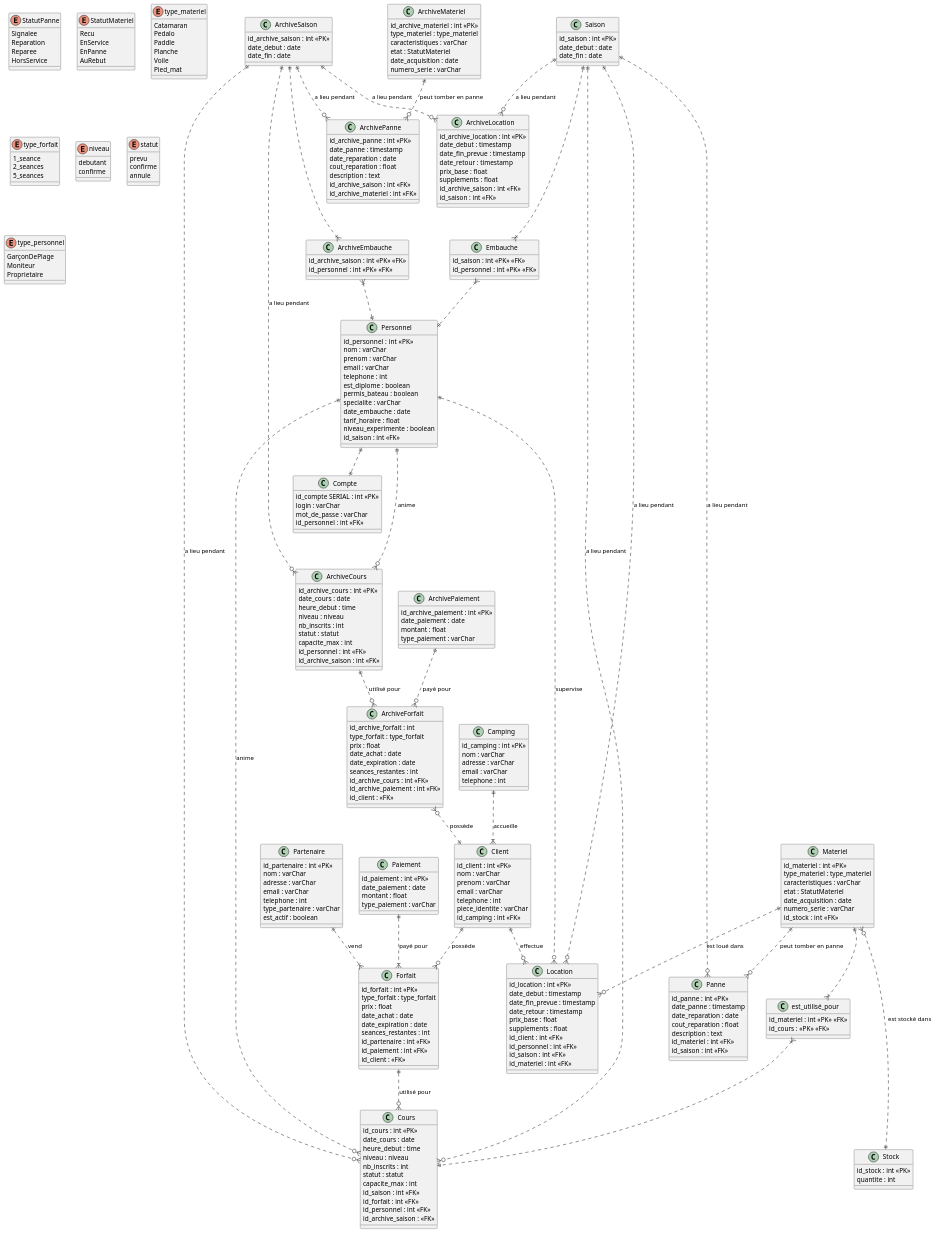
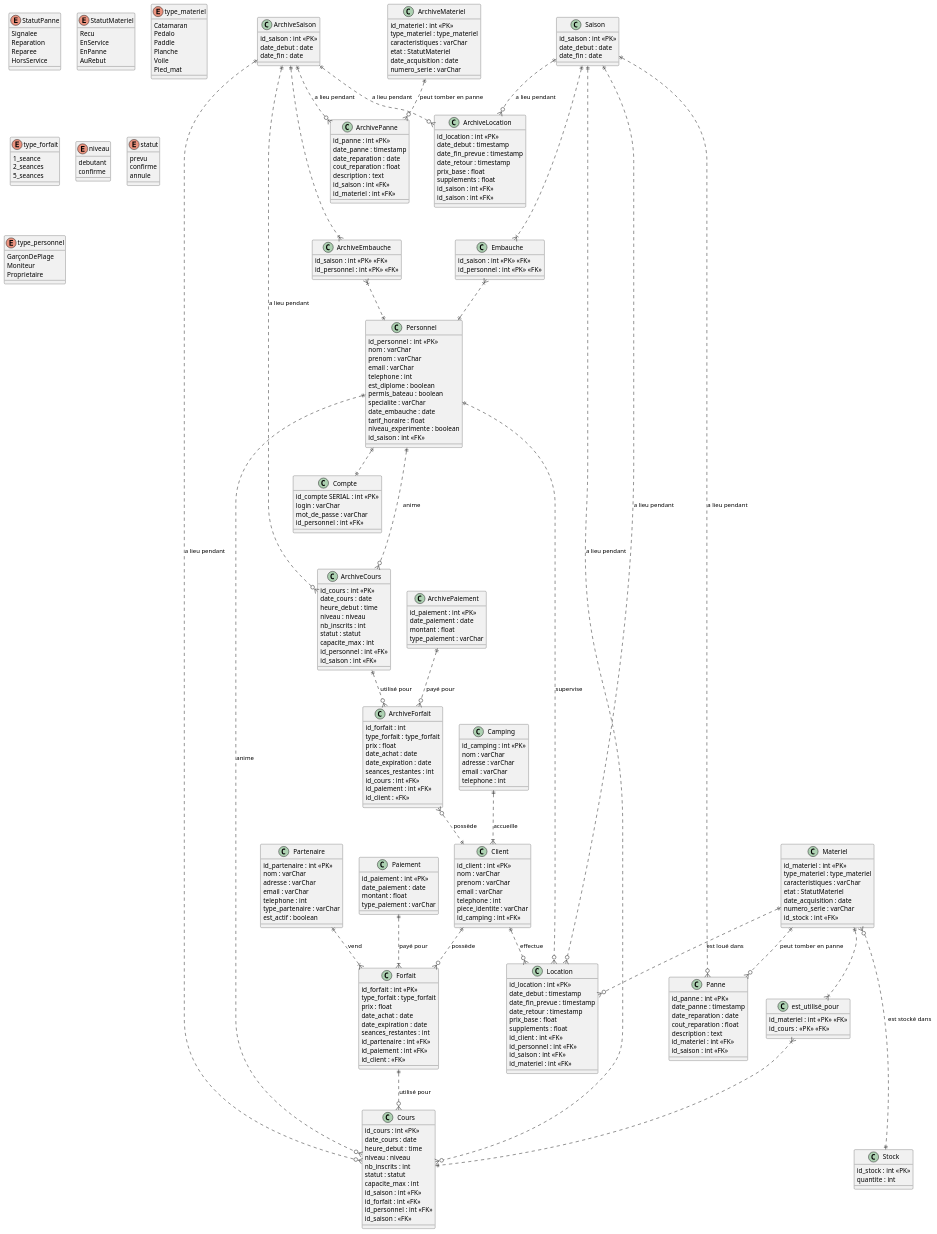
One commit to Hugo-COLLIN/MIAGE_CSI_NauticalClub changed the diagram in docs/1-analysis/generalPhysiqueDesignClassDiagram.puml. Above: the diagram before and after it, drawn with PlantUML. The commit also changed 2 other files, not shown here.

Commit message:
modif archive physique logique et sql

```diff
--- a/docs/1-analysis/generalPhysiqueDesignClassDiagram.puml
+++ b/docs/1-analysis/generalPhysiqueDesignClassDiagram.puml
@@ -15,7 +15,7 @@
     }
 
     class ArchiveEmbauche {
-        id_archive_saison : int <<PK>> <<FK>>
+        id_saison : int <<PK>> <<FK>>
         id_personnel : int <<PK>> <<FK>>
     }
 
@@ -31,7 +31,7 @@
     }
 
     class ArchiveSaison {
-        id_archive_saison : int <<PK>>
+        id_saison : int <<PK>>
         date_debut : date
         date_fin : date
     }
@@ -62,7 +62,7 @@
     }
 
     class ArchiveMateriel {
-        id_archive_materiel : int <<PK>>
+        id_materiel : int <<PK>>
         type_materiel : type_materiel
         caracteristiques : varChar
         etat : StatutMateriel
@@ -83,14 +83,14 @@
     }
 
     class ArchiveForfait {
-        id_archive_forfait : int
+        id_forfait : int
         type_forfait : type_forfait
         prix : float
         date_achat : date
         date_expiration : date
         seances_restantes : int
-        id_archive_cours : int <<FK>>
-        id_archive_paiement : int <<FK>>
+        id_cours : int <<FK>>
+        id_paiement : int <<FK>>
         id_client : <<FK>>
     }
 
@@ -123,11 +123,11 @@
         id_saison : int <<FK>>
         id_forfait : int <<FK>>
         id_personnel : int <<FK>>
-        id_archive_saison : <<FK>>
+        id_saison : <<FK>>
     }
 
     class ArchiveCours {
-        id_archive_cours : int <<PK>>
+        id_cours : int <<PK>>
         date_cours : date
         heure_debut : time
         niveau : niveau
@@ -135,7 +135,7 @@
         statut : statut
         capacite_max : int
         id_personnel : int <<FK>>
-        id_archive_saison : int <<FK>>
+        id_saison : int <<FK>>
     }
 
     class Location {
@@ -152,13 +152,13 @@
     }
 
     class ArchiveLocation {
-        id_archive_location : int <<PK>>
+        id_location : int <<PK>>
         date_debut : timestamp
         date_fin_prevue : timestamp
         date_retour : timestamp
         prix_base : float
         supplements : float
-        id_archive_saison : int <<FK>>
+        id_saison : int <<FK>>
         id_saison : int <<FK>>
     }
 
@@ -173,13 +173,13 @@
     }
 
     class ArchivePanne {
-        id_archive_panne : int <<PK>>
+        id_panne : int <<PK>>
         date_panne : timestamp
         date_reparation : date
         cout_reparation : float
         description : text
-        id_archive_saison : int <<FK>>
-        id_archive_materiel : int <<FK>>
+        id_saison : int <<FK>>
+        id_materiel : int <<FK>>
     }
 
     class Stock {
@@ -195,7 +195,7 @@
     }
 
     class ArchivePaiement {
-        id_archive_paiement : int <<PK>>
+        id_paiement : int <<PK>>
         date_paiement : date
         montant : float
         type_paiement : varChar
```
